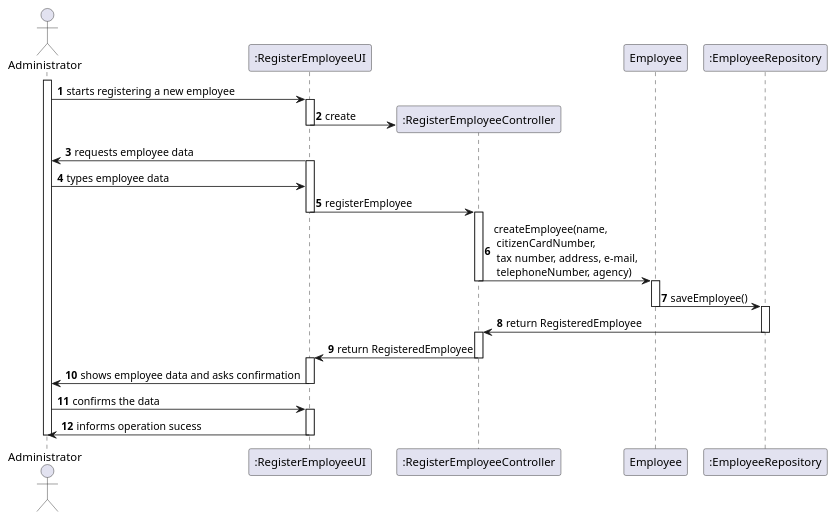
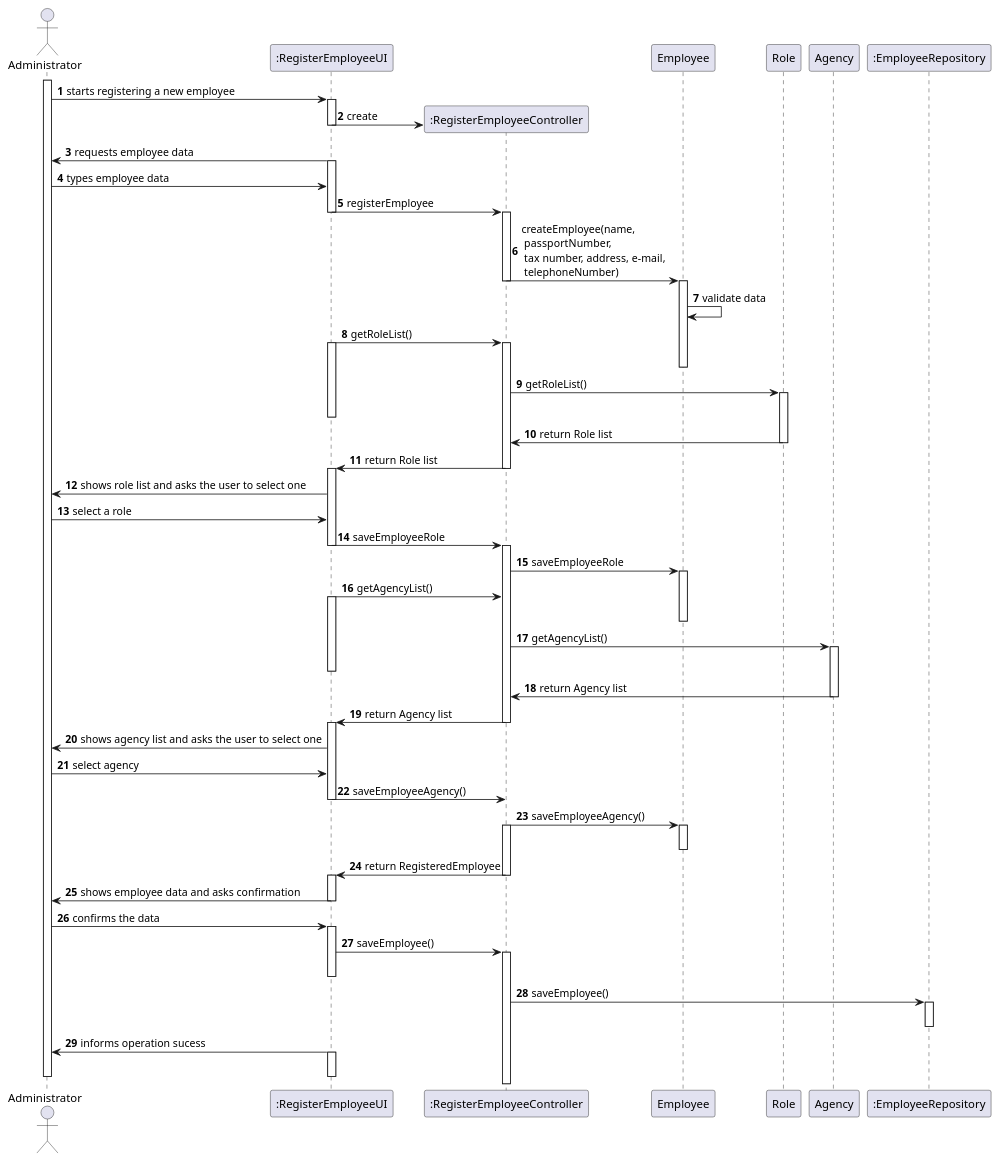
One commit to tiagohcorreia/LAPR2 changed the diagram in docs/sprintB/US003/03.design/puml/SD.puml. Above: the diagram before and after it, drawn with PlantUML. The commit also changed 3 other files, not shown here.

Commit message:
US003 - System sequence diagram update

```diff
--- a/docs/sprintB/US003/03.design/puml/SD.puml
+++ b/docs/sprintB/US003/03.design/puml/SD.puml
@@ -1,72 +1,140 @@
 @startuml
 
 actor Administrator as adm
 participant ":RegisterEmployeeUI" as ui
 participant ":RegisterEmployeeController" as ctr
 participant Employee as em
+participant Role as role
+participant Agency as agency
 participant ":EmployeeRepository" as rp
 
 autonumber
 
 activate adm
 
         adm -> ui: starts registering a new employee
 
         activate ui
 
         ui -> ctr** : create
 
         deactivate ui
 
         adm <- ui: requests employee data
 
         activate ui
 
         adm -> ui: types employee data
 
         ui -> ctr: registerEmployee
 
         deactivate ui
         activate ctr
 
-        ctr -> em: createEmployee(name,\n citizenCardNumber,\n tax number, address, e-mail,\n telephoneNumber, agency)
+        ctr -> em: createEmployee(name,\n passportNumber,\n tax number, address, e-mail,\n telephoneNumber)
 
             deactivate ctr
             activate em
 
-        em -> rp: saveEmployee()
+            em -> em: validate data
+
+        ui -> ctr: getRoleList()
+
+        activate ui
+        activate ctr
+        deactivate em
+
+        ctr -> role: getRoleList()
+        activate role
+        deactivate ui
+
+        role -> ctr: return Role list
+
+        deactivate role
+
+        ctr -> ui: return Role list
+        deactivate ctr
+
+        activate ui
+
+        ui -> adm: shows role list and asks the user to select one
+
+        adm -> ui: select a role
+
+        ui -> ctr: saveEmployeeRole
+        deactivate ui
+        activate ctr
+
+        ctr -> em: saveEmployeeRole
+
+        activate em
+
+        ui -> ctr: getAgencyList()
+
+        activate ui
 
         deactivate em
 
-        activate rp
+        ctr -> agency: getAgencyList()
 
+        activate agency
+        deactivate ui
 
-        rp -> ctr: return RegisteredEmployee
+        agency -> ctr: return Agency list
 
-        deactivate rp
+        deactivate agency
 
-        activate ctr
-
-        ctr -> ui: return RegisteredEmployee
-
+        ctr -> ui: return Agency list
 
         deactivate ctr
         activate ui
 
+        ui -> adm: shows agency list and asks the user to select one
+
+        adm -> ui: select agency
+
+        ui -> ctr: saveEmployeeAgency()
+
+        deactivate ui
+
+        ctr -> em: saveEmployeeAgency()
+        activate ctr
+        activate em
+
+        deactivate em
+
+        deactivate rp
+
+        ctr -> ui: return RegisteredEmployee
+
+        deactivate ctr
+        activate ui
 
         adm <- ui: shows employee data and asks confirmation
 
         deactivate ui
 
         adm -> ui: confirms the data
 
         activate ui
 
+        ui -> ctr: saveEmployee()
+
+        activate ctr
+        deactivate ui
+
+        ctr -> rp: saveEmployee()
+
+        activate rp
+        deactivate rp
+
         adm <- ui: informs operation sucess
+
+        activate ui
 
         deactivate ui
 
 deactivate adm
 
 
 @enduml
```
